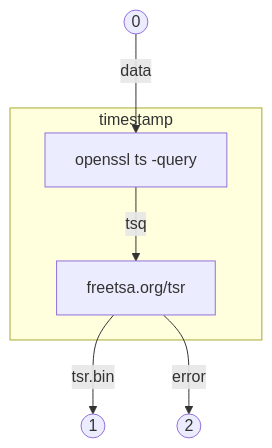
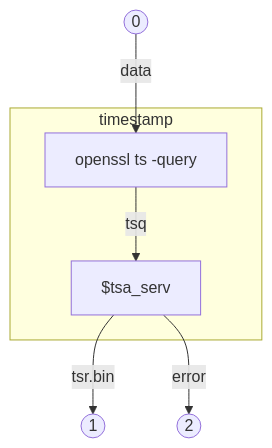
One commit to tibolpol/sealgood changed the tenth of 12 diagrams in docs/fr/sealgood.md. Above: the diagram before and after it, drawn with Mermaid. The commit also changed other lines of this file and 4 other files, not shown here.

````diff
--- a/docs/fr/sealgood.md
+++ b/docs/fr/sealgood.md
@@ -1036,20 +1036,20 @@
 ```mermaid
 flowchart TB
 l0((0)) -->|data| ts[openssl ts -query]
 subgraph timestamp
-  ts -->|tsq| curl[freetsa.org/tsr]
+  ts -->|tsq| curl[$tsa_serv]
 end
 curl -->|tsr.bin| l1((1))
 curl -->|error| l2((2))
 click lookup "filetypes.md#lookup"
 click clean "sealgood.md#clean"
 click date "sealgood.md#date"
 click end_of_pipe "sealgood.md#end_of_pipe"
 click enumerate "sealgood.md#enumerate"
 click file2tgz "sealgood.md#file2tgz"
 click genkey "sealgood.md#genkey"
 click help "sealgood.md#help"
 click main "sealgood.md#main"
 click sign "sealgood.md#sign"
 click verify "sealgood.md#verify"
 ```
````
